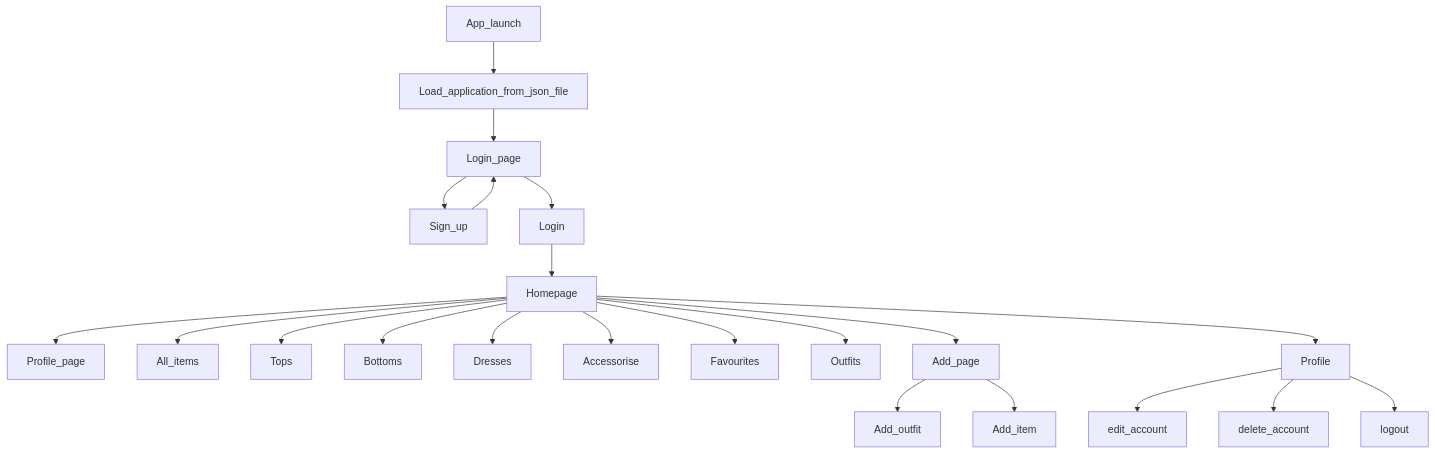
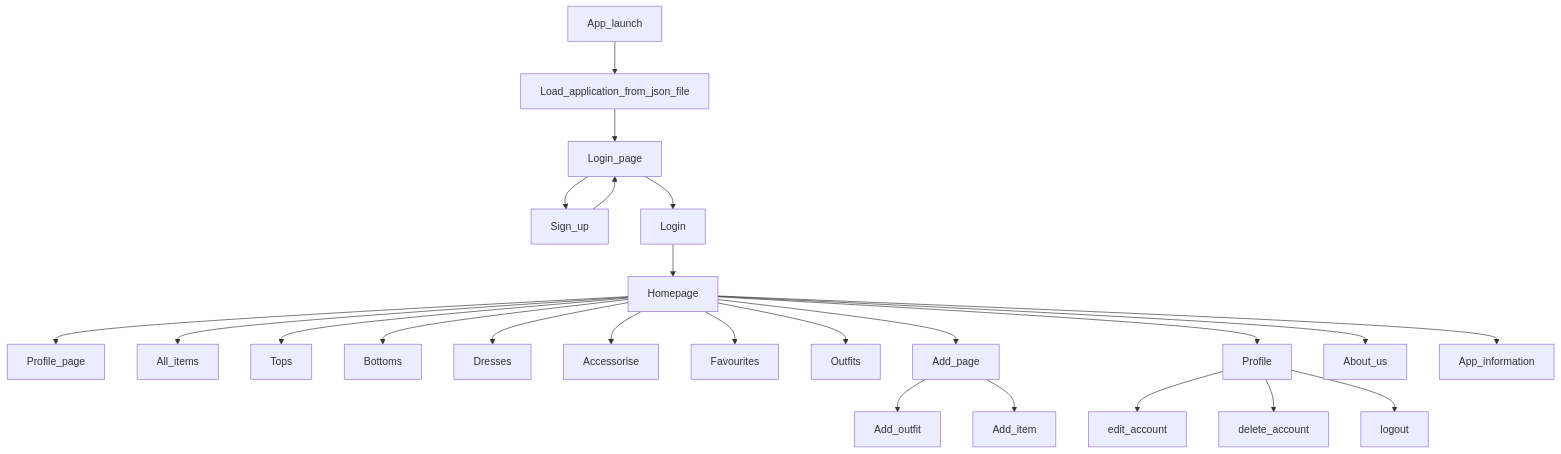
One commit to IreneAvezzu/test_ changed the diagram in readme.md. Above: the diagram before and after it, drawn with Mermaid.

````diff
--- a/readme.md
+++ b/readme.md
@@ -5,26 +5,28 @@
 ```mermaid
 graph TD;
   App_launch-->Load_application_from_json_file;
   Load_application_from_json_file-->Login_page;
   Login_page-->Sign_up;
   Sign_up-->Login_page;
   Login_page-->Login;
   Login-->Homepage;
   Homepage-->Profile_page;
   Homepage-->All_items;
   Homepage-->Tops;
   Homepage-->Bottoms;
   Homepage-->Dresses;
   Homepage-->Accessorise;
   Homepage-->Favourites;
   Homepage-->Outfits;
   Homepage-->Add_page;
   Homepage-->Profile;
   
   Add_page-->Add_outfit;
   Add_page-->Add_item;
   Profile-->edit_account;
   Profile-->delete_account;
   Profile-->logout;
-
+  
+  Homepage-->About_us;
+  Homepage-->App_information;
 ```
````
